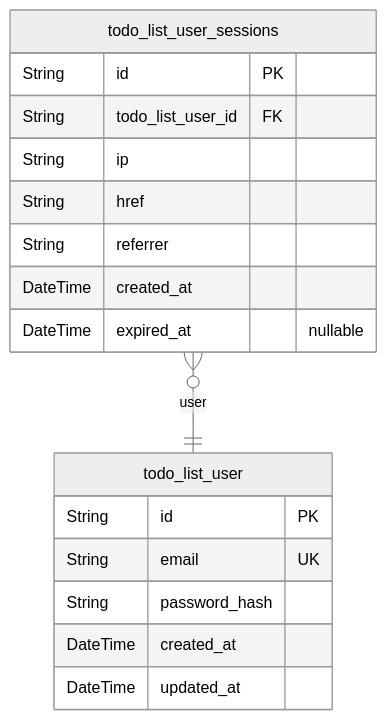
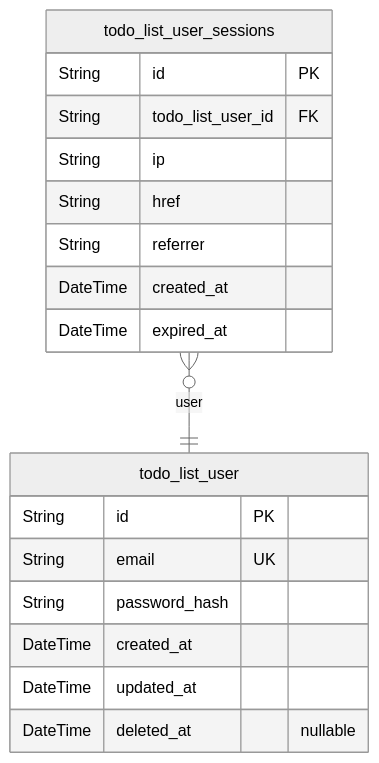
The first of 2 diagrams in qwen/qwen3-next-80b-a3b-instruct/todo/docs/ERD.md (wrtnlabs/autobe-examples), drawn with Mermaid (neutral theme) before and after one commit. The commit also changed other lines of this file and 6988 other files, not shown here.

````diff
--- a/qwen/qwen3-next-80b-a3b-instruct/todo/docs/ERD.md
+++ b/qwen/qwen3-next-80b-a3b-instruct/todo/docs/ERD.md
@@ -10,20 +10,21 @@
 ```mermaid
 erDiagram
 "todo_list_user" {
   String id PK
   String email UK
   String password_hash
   DateTime created_at
   DateTime updated_at
+  DateTime deleted_at "nullable"
 }
 "todo_list_user_sessions" {
   String id PK
   String todo_list_user_id FK
   String ip
   String href
   String referrer
   DateTime created_at
-  DateTime expired_at "nullable"
+  DateTime expired_at
 }
 "todo_list_user_sessions" }o--|| "todo_list_user" : user
 ```
````
